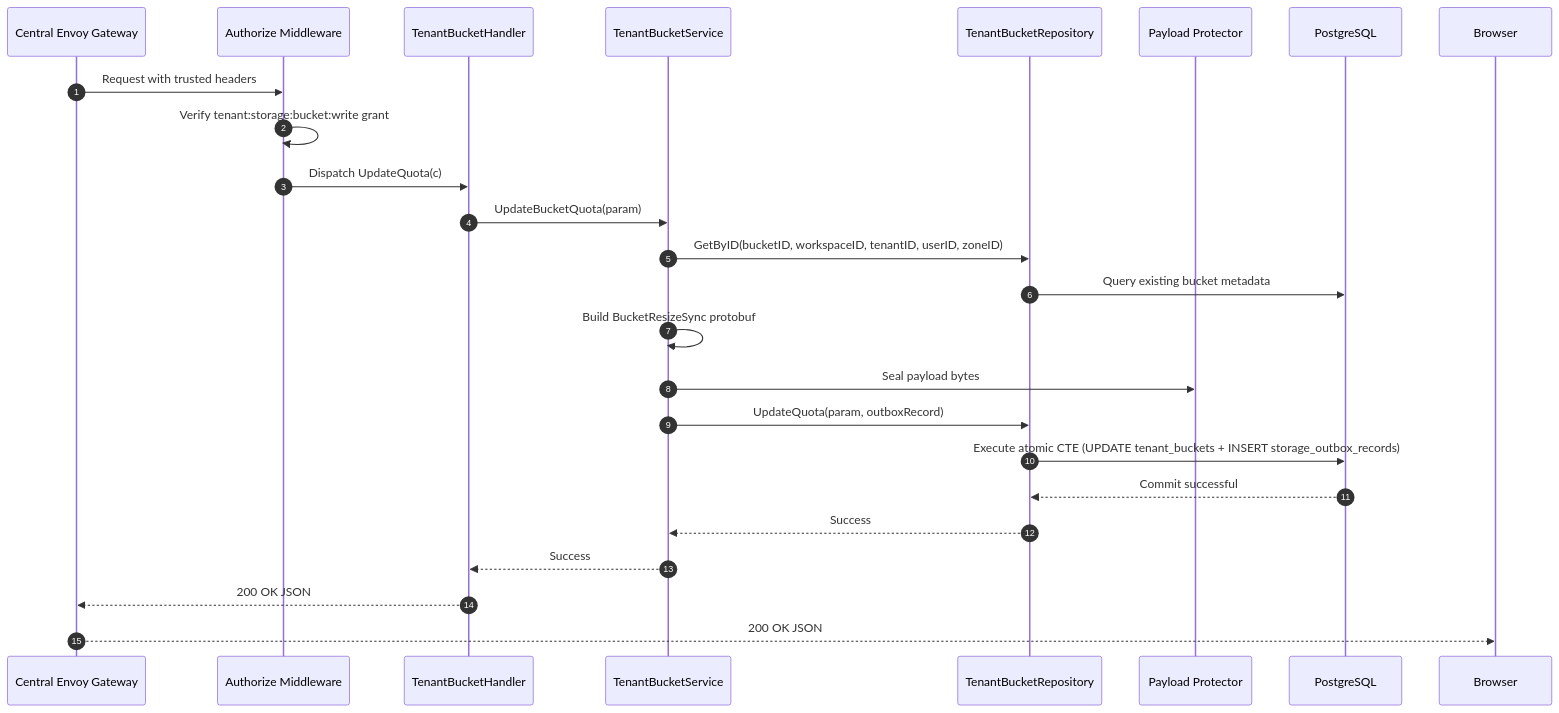
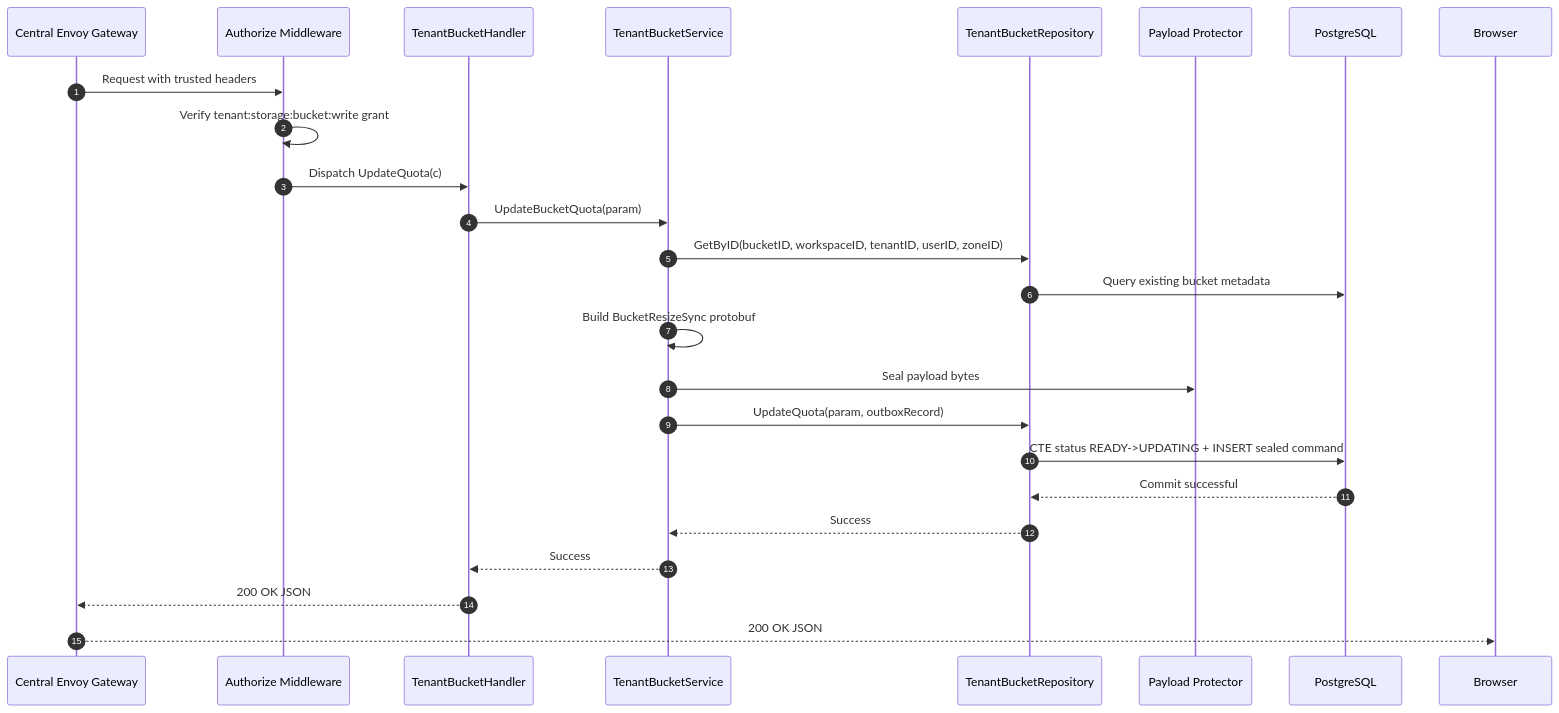
The second of 4 diagrams in god_view/storage/tenant_bucket_quota_update_god_view_workflow.md (phucle996/aurora), drawn with Mermaid before and after one commit. The commit also changed other lines of this file and 195 other files, not shown here.

````diff
--- a/god_view/storage/tenant_bucket_quota_update_god_view_workflow.md
+++ b/god_view/storage/tenant_bucket_quota_update_god_view_workflow.md
@@ -92,27 +92,27 @@
 ```mermaid
 sequenceDiagram
     autonumber
     participant Envoy as Central Envoy Gateway
     participant AuthMW as Authorize Middleware
     participant Handler as TenantBucketHandler
     participant Service as TenantBucketService
     participant Repo as TenantBucketRepository
     participant Protector as Payload Protector
     participant PG as PostgreSQL
 
     Envoy->>AuthMW: Request with trusted headers
     AuthMW->>AuthMW: Verify tenant:storage:bucket:write grant
     AuthMW->>Handler: Dispatch UpdateQuota(c)
     Handler->>Service: UpdateBucketQuota(param)
     Service->>Repo: GetByID(bucketID, workspaceID, tenantID, userID, zoneID)
     Repo->>PG: Query existing bucket metadata
     Service->>Service: Build BucketResizeSync protobuf
     Service->>Protector: Seal payload bytes
     Service->>Repo: UpdateQuota(param, outboxRecord)
-    Repo->>PG: Execute atomic CTE (UPDATE tenant_buckets + INSERT storage_outbox_records)
+    Repo->>PG: CTE status READY->UPDATING + INSERT sealed command
     PG-->>Repo: Commit successful
     Repo-->>Service: Success
     Service-->>Handler: Success
     Handler-->>Envoy: 200 OK JSON
     Envoy-->>Browser: 200 OK JSON
 ```
````
